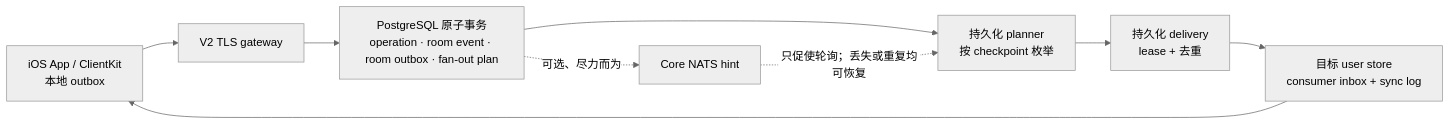
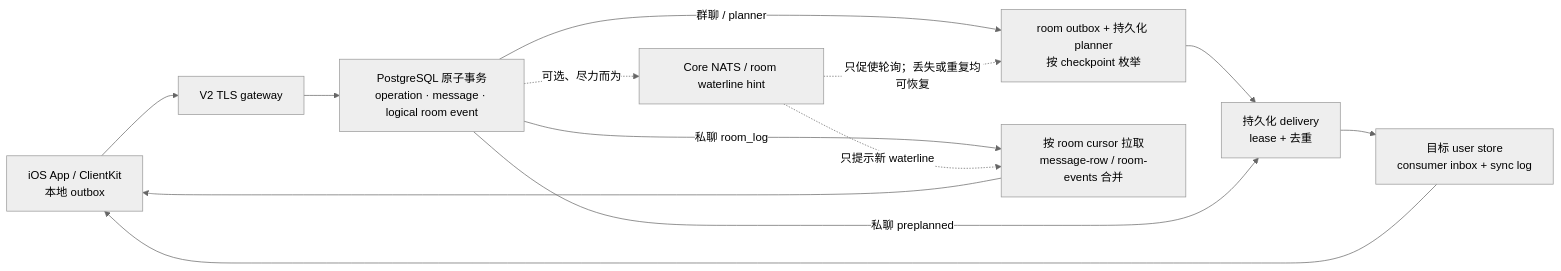
Before and after one commit to Yyilin001/IMMonorepo: the diagram in docs/current-system-map.md, drawn with Mermaid (neutral theme). The commit also changed other lines of this file and 31 other files, not shown here.

````diff
--- a/docs/current-system-map.md
+++ b/docs/current-system-map.md
@@ -18,11 +18,15 @@
 ```mermaid
 flowchart LR
     C["iOS App / ClientKit\n本地 outbox"] --> G["V2 TLS gateway"]
-    G --> T["PostgreSQL 原子事务\noperation · room event · room outbox · fan-out plan"]
-    T --> P["持久化 planner\n按 checkpoint 枚举"]
+    G --> T["PostgreSQL 原子事务\noperation · message · logical room event"]
+    T -->|"群聊 / planner"| P["room outbox + 持久化 planner\n按 checkpoint 枚举"]
     P --> D["持久化 delivery\nlease + 去重"]
     D --> S["目标 user store\nconsumer inbox + sync log"]
     S --> C
-    T -. "可选、尽力而为" .-> N["Core NATS hint"]
+    T -->|"私聊 preplanned"| D
+    T -->|"私聊 room_log"| R["按 room cursor 拉取\nmessage-row / room-events 合并"]
+    R --> C
+    T -. "可选、尽力而为" .-> N["Core NATS / room waterline hint"]
     N -. "只促使轮询；丢失或重复均可恢复" .-> P
+    N -. "只提示新 waterline" .-> R
 ```
````
